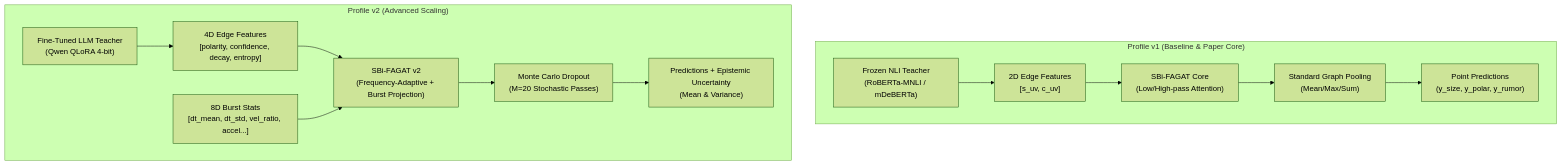
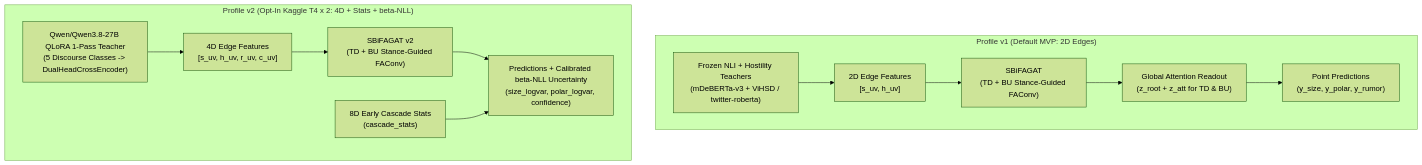
The diagram in docs/project-management/DEVELOPMENT_HISTORY.md (hieu-kiien/gnn-nlp-propagation), drawn with Mermaid (forest theme) before and after one commit. The commit also changed other lines of this file and 45 other files, not shown here.

````diff
--- a/docs/project-management/DEVELOPMENT_HISTORY.md
+++ b/docs/project-management/DEVELOPMENT_HISTORY.md
@@ -18,25 +19,23 @@
 ```mermaid
 flowchart TD
-    subgraph Profile_v1 ["Profile v1 (Baseline & Paper Core)"]
-        v1_nlp["Frozen NLI Teacher<br>(RoBERTa-MNLI / mDeBERTa)"]
-        v1_edge["2D Edge Features<br>[s_uv, c_uv]"]
-        v1_gnn["SBi-FAGAT Core<br>(Low/High-pass Attention)"]
-        v1_readout["Standard Graph Pooling<br>(Mean/Max/Sum)"]
+    subgraph Profile_v1 ["Profile v1 (Default MVP: 2D Edges)"]
+        v1_nlp["Frozen NLI + Hostility Teachers<br>(mDeBERTa-v3 + ViHSD / twitter-roberta)"]
+        v1_edge["2D Edge Features<br>[s_uv, h_uv]"]
+        v1_gnn["SBiFAGAT<br>(TD + BU Stance-Guided FAConv)"]
+        v1_readout["Global Attention Readout<br>(z_root + z_att for TD & BU)"]
         v1_out["Point Predictions<br>(y_size, y_polar, y_rumor)"]
-        
+
         v1_nlp --> v1_edge --> v1_gnn --> v1_readout --> v1_out
     end
 
-    subgraph Profile_v2 ["Profile v2 (Advanced Scaling)"]
-        v2_nlp["Fine-Tuned LLM Teacher<br>(Qwen QLoRA 4-bit)"]
-        v2_edge["4D Edge Features<br>[polarity, confidence, decay, entropy]"]
-        v2_burst["8D Burst Stats<br>[dt_mean, dt_std, vel_ratio, accel...]"]
-        v2_gnn["SBi-FAGAT v2<br>(Frequency-Adaptive + Burst Projection)"]
-        v2_mc["Monte Carlo Dropout<br>(M=20 Stochastic Passes)"]
-        v2_out["Predictions + Epistemic Uncertainty<br>(Mean & Variance)"]
-        
-        v2_nlp --> v2_edge --> v2_gnn
-        v2_burst --> v2_gnn
-        v2_gnn --> v2_mc --> v2_out
+    subgraph Profile_v2 ["Profile v2 (Opt-In Kaggle T4 x 2: 4D + Stats + beta-NLL)"]
+        v2_nlp["Qwen/Qwen3.8-27B QLoRA 1-Pass Teacher<br>(5 Discourse Classes -> DualHeadCrossEncoder)"]
+        v2_edge["4D Edge Features<br>[s_uv, h_uv, r_uv, c_uv]"]
+        v2_burst["8D Early Cascade Stats<br>(cascade_stats)"]
+        v2_gnn["SBiFAGAT v2<br>(TD + BU Stance-Guided FAConv)"]
+        v2_out["Predictions + Calibrated beta-NLL Uncertainty<br>(size_logvar, polar_logvar, confidence)"]
+
+        v2_nlp --> v2_edge --> v2_gnn --> v2_out
+        v2_burst --> v2_out
     end
 ```
````
